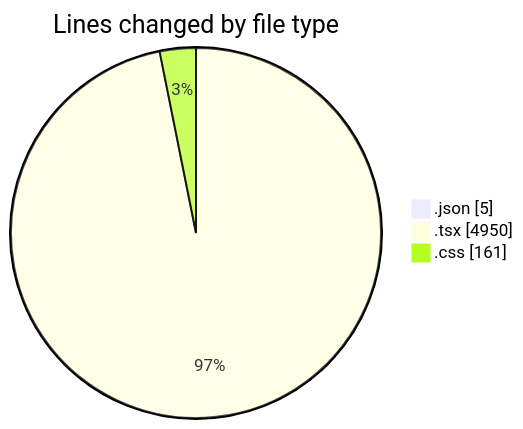
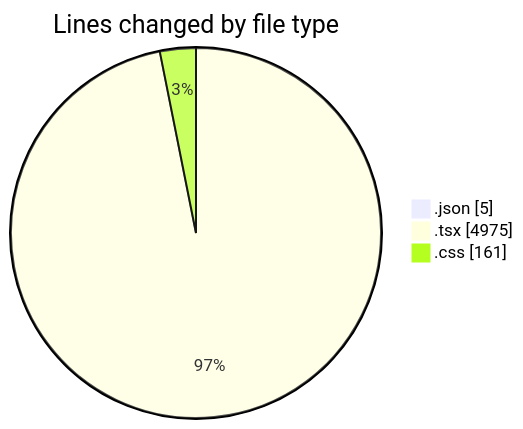
One commit to Elitesun/code-tracking changed the first of 2 diagrams in 2025-05-29/advertise/README.md. Above: the diagram before and after it, drawn with Mermaid. The commit also changed other lines of this file and 1 other file, not shown here.

````diff
--- a/2025-05-29/advertise/README.md
+++ b/2025-05-29/advertise/README.md
@@ -40,7 +40,7 @@
 ```mermaid
 pie showData
 title Lines changed by file type
 ".json" : 5
-".tsx" : 4950
+".tsx" : 4975
 ".css" : 161
 ```
````
